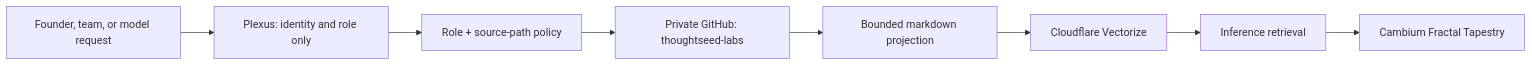
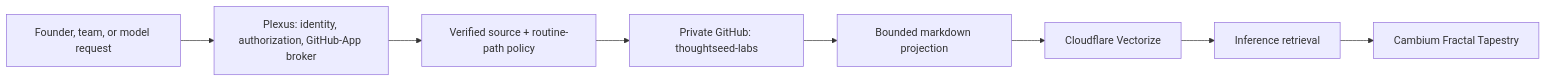
Before and after one commit to Sheshiyer/cambium: the diagram in docs/architecture/github-backed-knowledge-plane.md, drawn with Mermaid. The commit also changed other lines of this file and 7 other files, not shown here.

````diff
--- a/docs/architecture/github-backed-knowledge-plane.md
+++ b/docs/architecture/github-backed-knowledge-plane.md
@@ -17,10 +17,10 @@
 ```mermaid
 flowchart LR
-  User["Founder, team, or model request"] --> Plexus["Plexus: identity and role only"]
-  Plexus --> Policy["Role + source-path policy"]
+  User["Founder, team, or model request"] --> Plexus["Plexus: identity, authorization, GitHub-App broker"]
+  Plexus --> Policy["Verified source + routine-path policy"]
   Policy --> GitHub["Private GitHub: thoughtseed-labs"]
   GitHub --> Projection["Bounded markdown projection"]
   Projection --> Vectorize["Cloudflare Vectorize"]
   Vectorize --> Inference["Inference retrieval"]
   Inference --> Tapestry["Cambium Fractal Tapestry"]
 ```
````
